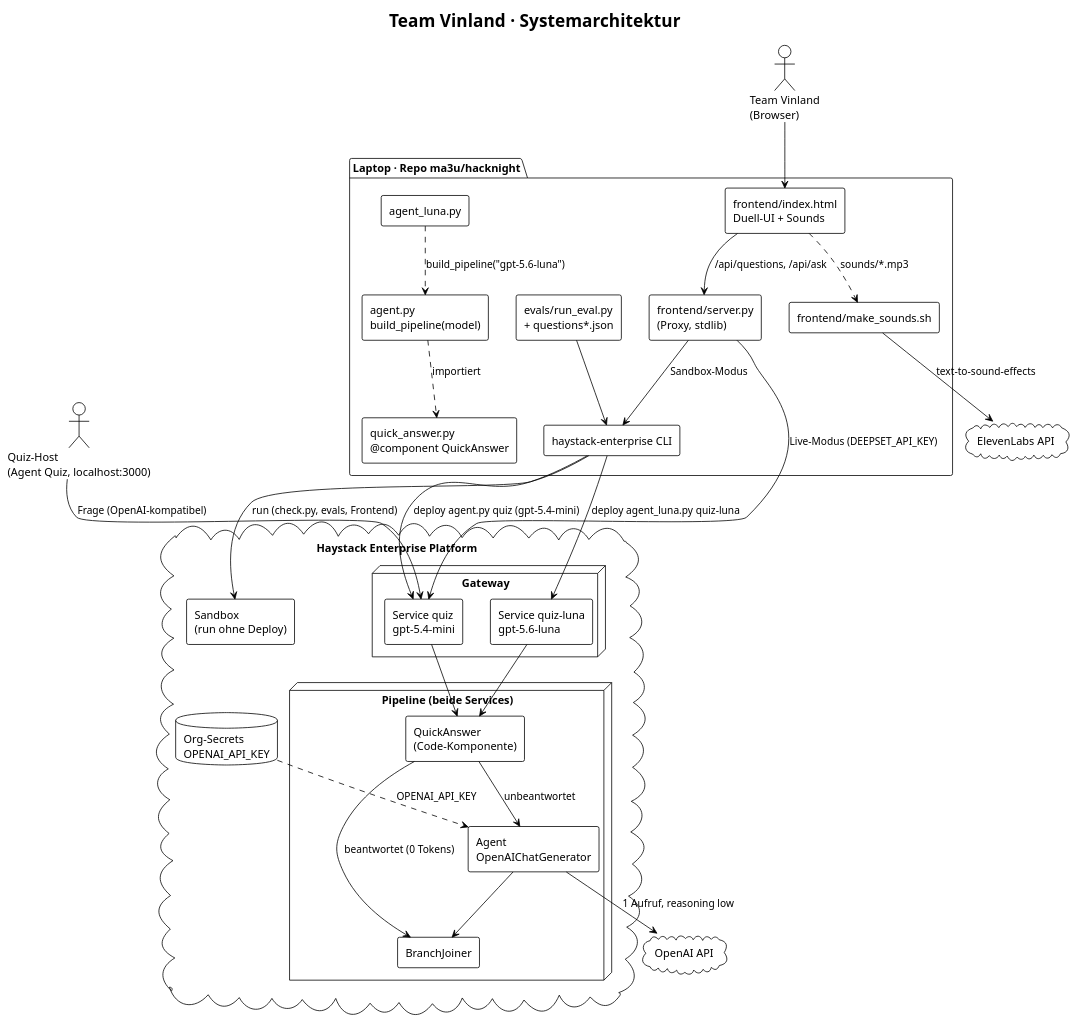
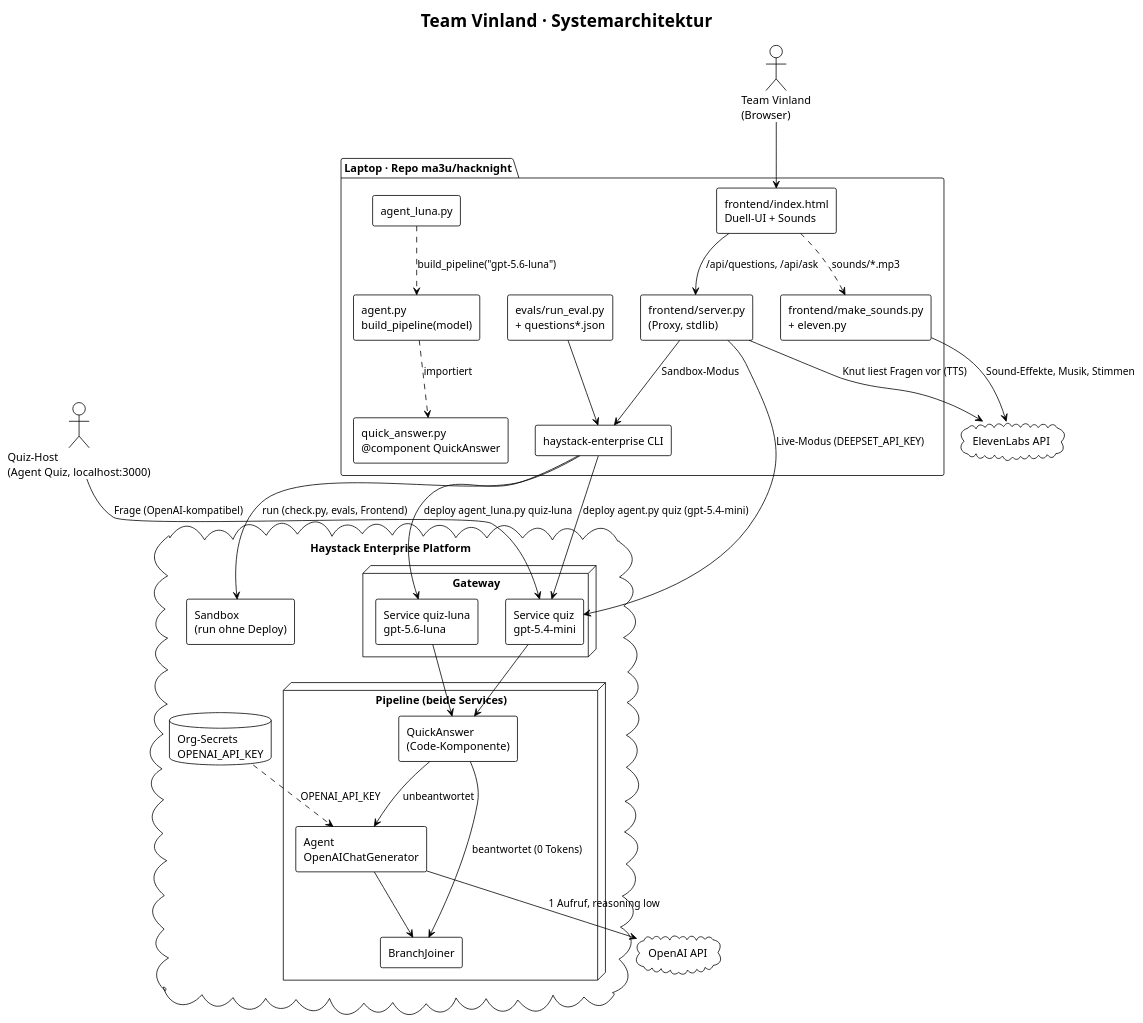
One commit to ma3u/hacknight changed the diagram in docs/diagrams/architecture.puml. Above: the diagram before and after it, drawn with PlantUML. The commit also changed 22 other files, not shown here.

First line of the commit message:
Add ElevenLabs sounds and voices, fair agent timing, results table, 1000-question table

```diff
--- a/docs/diagrams/architecture.puml
+++ b/docs/diagrams/architecture.puml
@@ -1,59 +1,60 @@
 @startuml architecture
 !theme plain
 skinparam componentStyle rectangle
 skinparam shadowing false
 title Team Vinland · Systemarchitektur
 
 actor "Quiz-Host\n(Agent Quiz, localhost:3000)" as Host
 actor "Team Vinland\n(Browser)" as Team
 
 package "Laptop · Repo ma3u/hacknight" {
   [agent.py\nbuild_pipeline(model)] as AgentPy
   [agent_luna.py] as LunaPy
   [quick_answer.py\n@component QuickAnswer] as QA
   [evals/run_eval.py\n+ questions*.json] as Evals
   [frontend/server.py\n(Proxy, stdlib)] as Server
   [frontend/index.html\nDuell-UI + Sounds] as UI
-  [frontend/make_sounds.sh] as Sounds
+  [frontend/make_sounds.py\n+ eleven.py] as Sounds
   [haystack-enterprise CLI] as CLI
 }
 
 cloud "Haystack Enterprise Platform" {
   node "Gateway" {
     [Service quiz\ngpt-5.4-mini] as SvcQuiz
     [Service quiz-luna\ngpt-5.6-luna] as SvcLuna
   }
   node "Pipeline (beide Services)" {
     [QuickAnswer\n(Code-Komponente)] as PQA
     [Agent\nOpenAIChatGenerator] as PAgent
     [BranchJoiner] as PJoin
   }
   [Sandbox\n(run ohne Deploy)] as Sandbox
   database "Org-Secrets\nOPENAI_API_KEY" as Secrets
 }
 
 cloud "OpenAI API" as OpenAI
 cloud "ElevenLabs API" as Eleven
 
 AgentPy ..> QA : importiert
 LunaPy ..> AgentPy : build_pipeline("gpt-5.6-luna")
 CLI --> SvcQuiz : deploy agent.py quiz (gpt-5.4-mini)
 CLI --> SvcLuna : deploy agent_luna.py quiz-luna
 CLI --> Sandbox : run (check.py, evals, Frontend)
 Evals --> CLI
 Server --> CLI : Sandbox-Modus
 Server --> SvcQuiz : Live-Modus (DEEPSET_API_KEY)
 UI --> Server : /api/questions, /api/ask
 Team --> UI
-Sounds --> Eleven : text-to-sound-effects
+Sounds --> Eleven : Sound-Effekte, Musik, Stimmen
+Server --> Eleven : Knut liest Fragen vor (TTS)
 UI ..> Sounds : sounds/*.mp3
 
 Host --> SvcQuiz : Frage (OpenAI-kompatibel)
 SvcQuiz --> PQA
 SvcLuna --> PQA
 PQA --> PJoin : beantwortet (0 Tokens)
 PQA --> PAgent : unbeantwortet
 PAgent --> PJoin
 PAgent --> OpenAI : 1 Aufruf, reasoning low
 Secrets ..> PAgent : OPENAI_API_KEY
 @enduml
```
